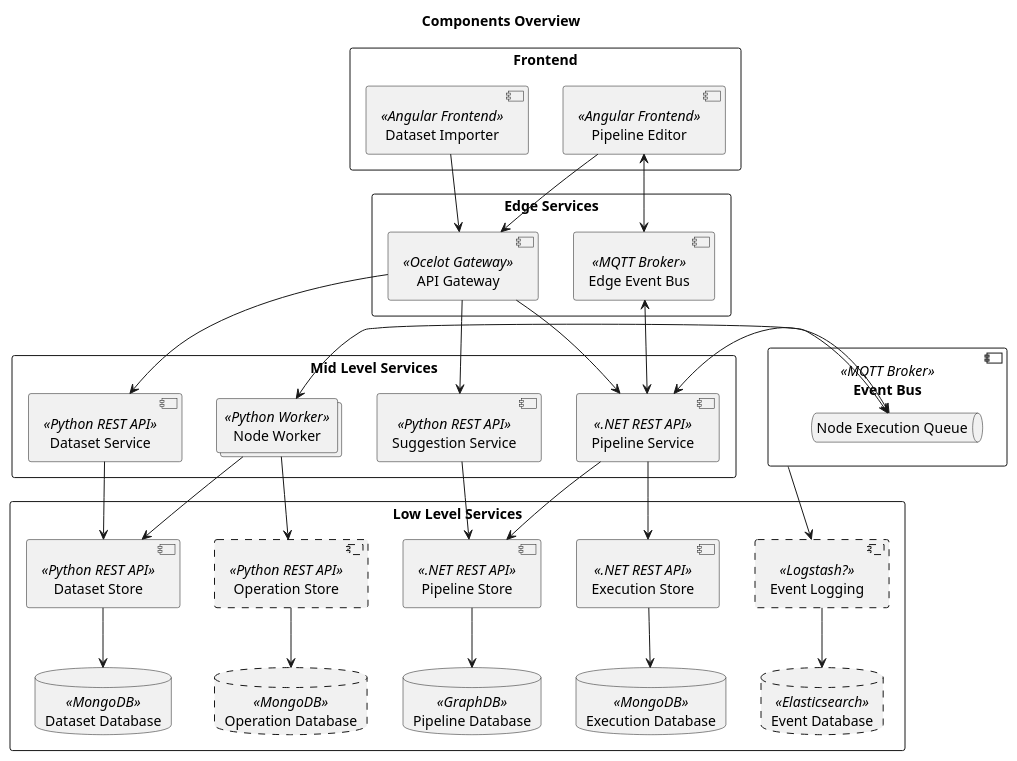
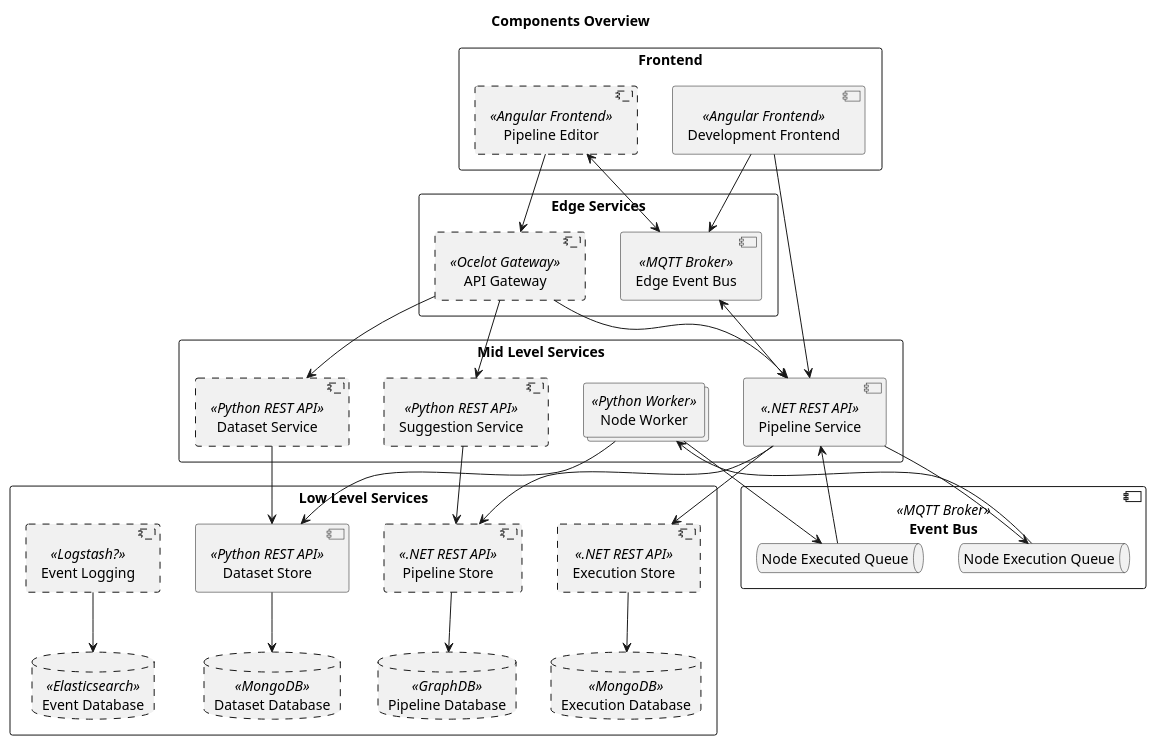
One commit to project-hanse/prototype-a changed the diagram in docs/architecture/overview.puml. Above: the diagram before and after it, drawn with PlantUML. The commit also changed 1 other file, not shown here.

Commit message:
[PH-132] Adapted overview to current development status

```diff
--- a/docs/architecture/overview.puml
+++ b/docs/architecture/overview.puml
@@ -1,75 +1,79 @@
 @startuml
 'https://plantuml.com/deployment-diagram
 
 title "Components Overview"
 
 'Definitions'
 
 rectangle "Frontend" {
-    component "Pipeline Editor" << Angular Frontend>> as pipeline_editor
-    component "Dataset Importer" << Angular Frontend >> as dataset_importer
+    component #line.dashed "Pipeline Editor" << Angular Frontend>> as pipeline_editor
+    component "Development Frontend" << Angular Frontend >> as development_frontend
 }
 
 rectangle "Edge Services" {
-    component "API Gateway" << Ocelot Gateway>> as api_gateway
+    component #line.dashed "API Gateway" << Ocelot Gateway>> as api_gateway
     component "Edge Event Bus" << MQTT Broker >> as message_broker_edge
 }
 
 rectangle "Mid Level Services" {
     component "Pipeline Service" << .NET REST API >> as pipeline_service
     collections  "Node Worker" <<Python Worker>> as worker
-    component "Suggestion Service" << Python REST API >> as suggestion_service
-    component "Dataset Service" << Python REST API >> as dataset_service
+    component #line.dashed "Suggestion Service" << Python REST API >> as suggestion_service
+    component #line.dashed "Dataset Service" << Python REST API >> as dataset_service
 }
 
 rectangle "Low Level Services" {
-    component "Pipeline Store" << .NET REST API >> as pipeline_store
-    database "Pipeline Database" << GraphDB >> as pipeline_db
+    component #line.dashed "Pipeline Store" << .NET REST API >> as pipeline_store
+    database #line.dashed "Pipeline Database" << GraphDB >> as pipeline_db
     
-    component "Execution Store" << .NET REST API >> as execution_store
-    database "Execution Database" << MongoDB >> as execution_db
+    component #line.dashed "Execution Store" << .NET REST API >> as execution_store
+    database #line.dashed "Execution Database" << MongoDB >> as execution_db
     
     component "Dataset Store" << Python REST API >> as dataset_store
-    database "Dataset Database" << MongoDB >> as dataset_db
-    
+    database #line.dashed "Dataset Database" << MongoDB >> as dataset_db
+    /'
     component #line.dashed "Operation Store" << Python REST API >> as operation_store
     database #line.dashed "Operation Database" << MongoDB >> as operation_db
-    
+    '/
     component #line.dashed "Event Logging" << Logstash? >> as event_logging
     database #line.dashed "Event Database" << Elasticsearch >> as event_db    
 }
 
 component "Event Bus" << MQTT Broker >> as message_broker {
     queue "Node Execution Queue" as node_execution_queue
+    queue "Node Executed Queue" as node_executed_queue
 }
 
 'Interaction'
 
 pipeline_editor --> api_gateway
-dataset_importer --> api_gateway
+development_frontend --> message_broker_edge
+development_frontend --> pipeline_service
 
 api_gateway --> pipeline_service 
 api_gateway --> suggestion_service
 api_gateway --> dataset_service
 
 pipeline_store --> pipeline_db
 dataset_store --> dataset_db
 execution_store --> execution_db 
-operation_store --> operation_db
+'operation_store --> operation_db
 event_logging --> event_db
 
-pipeline_service <--> node_execution_queue
-node_execution_queue <--> worker 
+pipeline_service --> node_execution_queue
+node_execution_queue --> worker 
+pipeline_service <-- node_executed_queue
+node_executed_queue <-- worker 
 
-message_broker --> event_logging
+'message_broker --> event_logging
 
 worker --> dataset_store 
-worker -->operation_store
+'worker -->operation_store
 suggestion_service --> pipeline_store
 pipeline_service --> execution_store
 pipeline_service --> pipeline_store
 dataset_service --> dataset_store
 
 pipeline_service <--> message_broker_edge
 pipeline_editor <--> message_broker_edge
 @enduml
```
